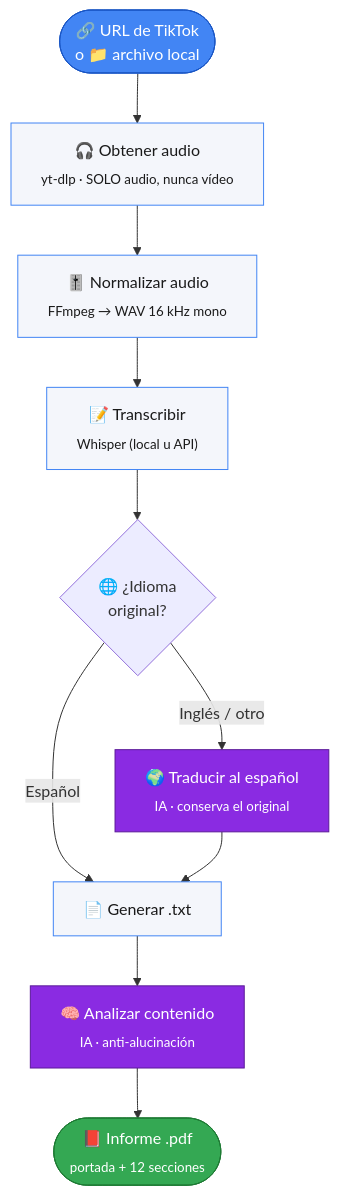
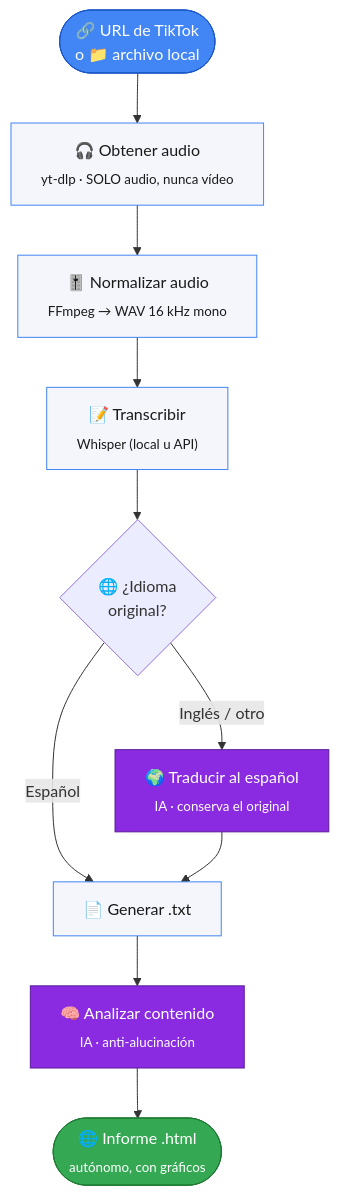
The first of 2 diagrams in README.md (Javier3921/Extractor_texto_tiktok), drawn with Mermaid before and after one commit. The commit also changed other lines of this file and 15 other files, not shown here.

````diff
--- a/README.md
+++ b/README.md
@@ -20,21 +21,21 @@
 ```mermaid
 flowchart TD
     A(["🔗 URL de TikTok<br/>o 📁 archivo local"]) --> B["🎧 Obtener audio<br/><sub>yt-dlp · SOLO audio, nunca vídeo</sub>"]
     B --> C["🎚️ Normalizar audio<br/><sub>FFmpeg → WAV 16 kHz mono</sub>"]
     C --> D["📝 Transcribir<br/><sub>Whisper (local u API)</sub>"]
     D --> E{"🌐 ¿Idioma<br/>original?"}
     E -- Español --> G["📄 Generar .txt"]
     E -- "Inglés / otro" --> F["🌍 Traducir al español<br/><sub>IA · conserva el original</sub>"]
     F --> G
     G --> H["🧠 Analizar contenido<br/><sub>IA · anti-alucinación</sub>"]
-    H --> I(["📕 Informe .pdf<br/><sub>portada + 12 secciones</sub>"])
+    H --> I(["🌐 Informe .html<br/><sub>autónomo, con gráficos</sub>"])
 
     classDef entrada fill:#4285F4,stroke:#1a56c4,color:#fff
     classDef proceso fill:#f4f6fb,stroke:#4285F4,color:#1a1a1a
     classDef ia fill:#8A2BE2,stroke:#5b1a99,color:#fff
     classDef salida fill:#34A853,stroke:#1e7a34,color:#fff
     class A entrada
     class B,C,D,G proceso
     class F,H ia
     class I salida
 ```
````
